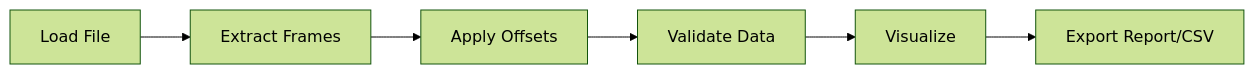
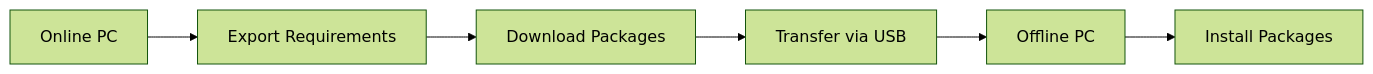
The diagram in README.md (ChiranjibKar/PyPort), drawn with Mermaid (forest theme) before and after one commit. The commit also changed other lines of this file, not shown here.

````diff
--- a/README.md
+++ b/README.md
@@ -74,8 +79,8 @@
 ```mermaid
 flowchart LR
-A[Load File] --> B[Extract Frames]
-B --> C[Apply Offsets]
-C --> D[Validate Data]
-D --> E[Visualize]
-E --> F[Export Report/CSV]
+A[Online PC] --> B[Export Requirements]
+B --> C[Download Packages]
+C --> D[Transfer via USB]
+D --> E[Offline PC]
+E --> F[Install Packages]
 ```
````
